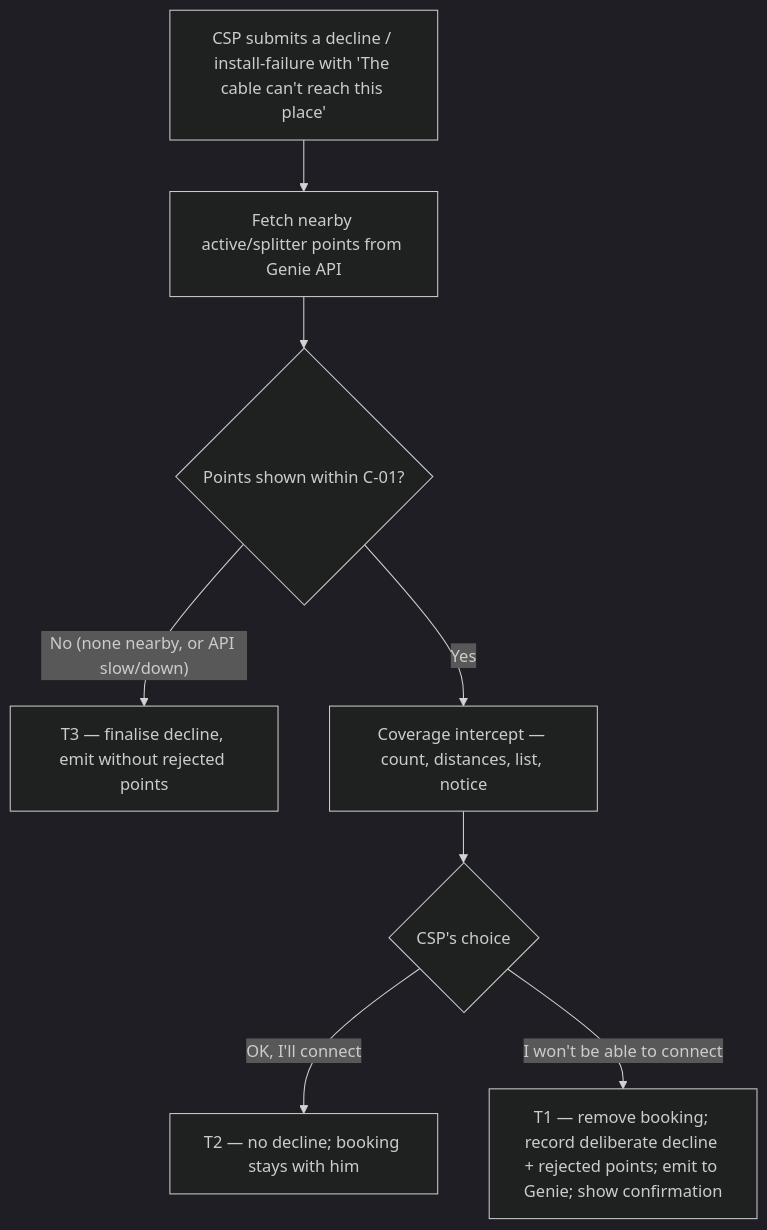
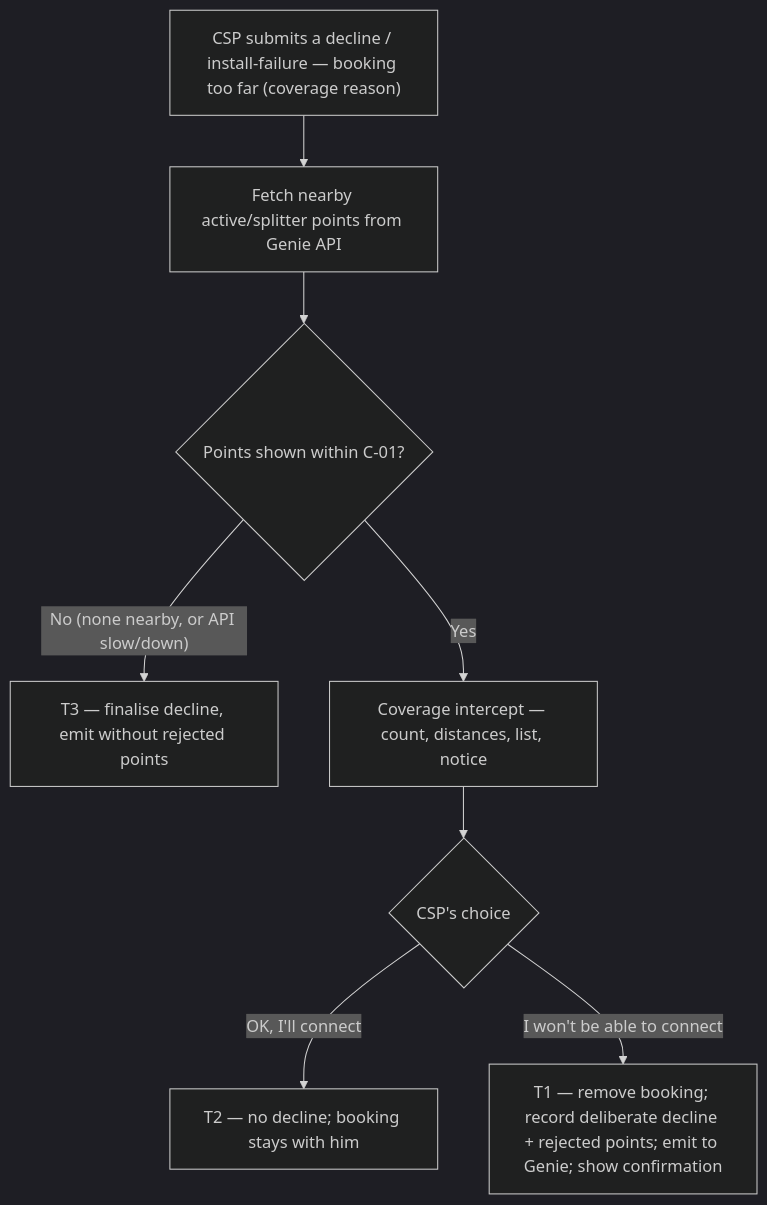
Before and after one commit to ashish-raj-wiom/coverage-decline-assist-prd: the diagram in Coverage_Decline_Assist_PRD.md, drawn with Mermaid (dark theme). The commit also changed other lines of this file and 1 other file, not shown here.

Commit message:
Describe the coverage reason as 'booking too far'; stop quoting the Part-1 display copy

````diff
--- a/Coverage_Decline_Assist_PRD.md
+++ b/Coverage_Decline_Assist_PRD.md
@@ -54,10 +54,10 @@
 ```mermaid
 flowchart TD
-    A["CSP submits a decline / install-failure with 'The cable can't reach this place'"] --> B["Fetch nearby active/splitter points from Genie API"]
+    A["CSP submits a decline / install-failure — booking too far (coverage reason)"] --> B["Fetch nearby active/splitter points from Genie API"]
     B --> C{"Points shown within C-01?"}
     C -- "No (none nearby, or API slow/down)" --> T3["T3 — finalise decline, emit without rejected points"]
     C -- "Yes" --> D["Coverage intercept — count, distances, list, notice"]
     D --> E{"CSP's choice"}
     E -- "OK, I'll connect" --> T2["T2 — no decline; booking stays with him"]
     E -- "I won't be able to connect" --> T1["T1 — remove booking; record deliberate decline + rejected points; emit to Genie; show confirmation"]
 ```
````
